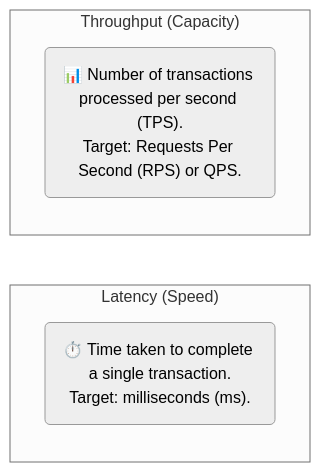
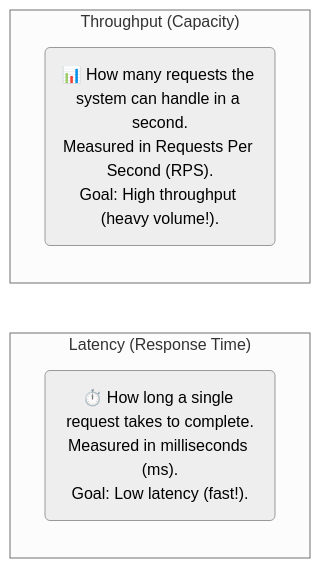
One commit to PKRacha/system-design changed the first of 4 diagrams in basics/04_system_characteristics.md. Above: the diagram before and after it, drawn with Mermaid (neutral theme). The commit also changed other lines of this file and 6 other files, not shown here.

````diff
--- a/basics/04_system_characteristics.md
+++ b/basics/04_system_characteristics.md
@@ -11,10 +11,10 @@
 ```mermaid
 graph LR
-    subgraph Latency ["Latency (Speed)"]
-        L("⏱️ Time taken to complete a single transaction.<br>Target: milliseconds (ms).")
+    subgraph Latency ["Latency (Response Time)"]
+        L("⏱️ How long a single request takes to complete.<br>Measured in milliseconds (ms).<br>Goal: Low latency (fast!).")
     end
     
     subgraph Throughput ["Throughput (Capacity)"]
-        T("📊 Number of transactions processed per second (TPS).<br>Target: Requests Per Second (RPS) or QPS.")
+        T("📊 How many requests the system can handle in a second.<br>Measured in Requests Per Second (RPS).<br>Goal: High throughput (heavy volume!).")
     end
 ```
````
